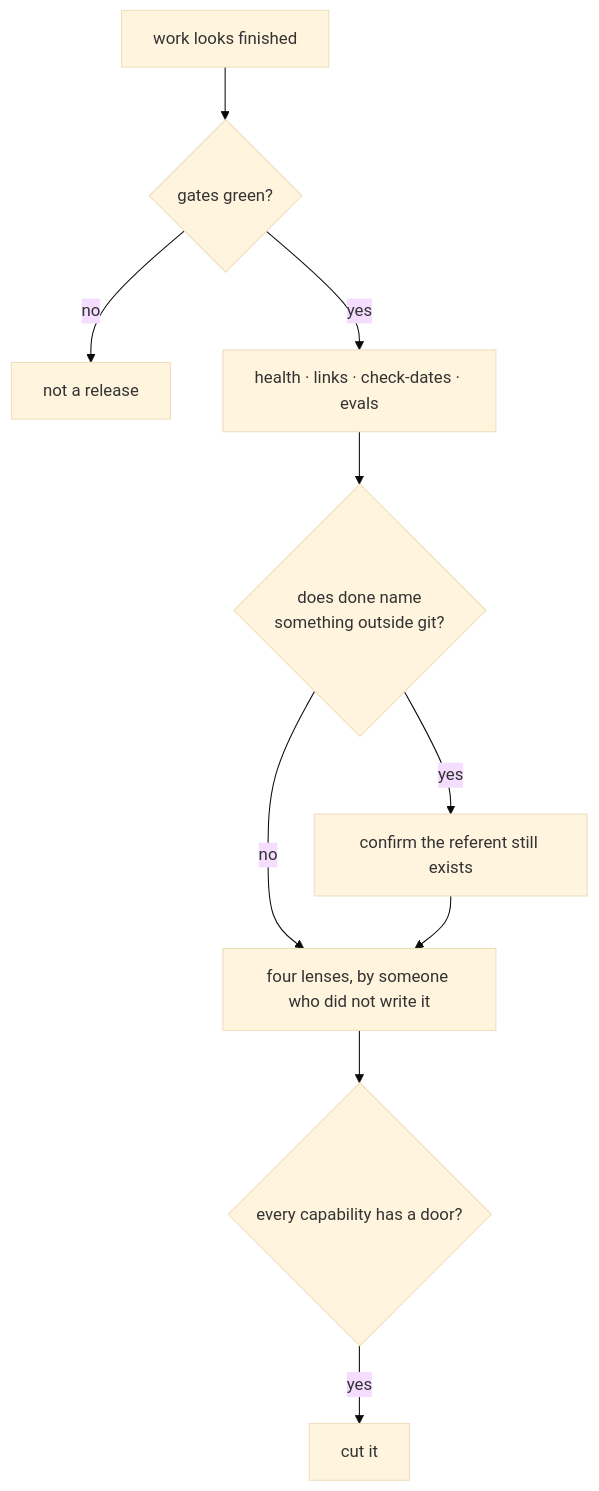
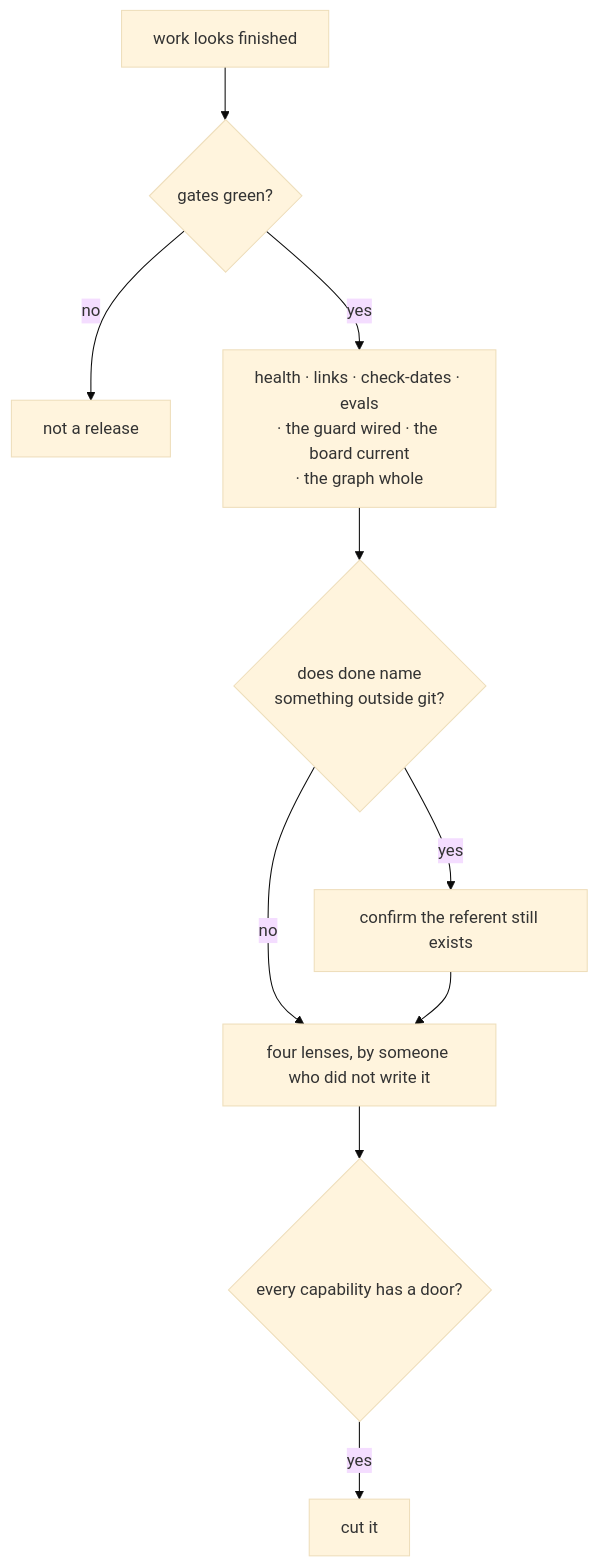
Diagram 17 of 24 in diagrams.md (jamillazarev/opsinist), drawn with Mermaid (base theme) before and after one commit. The commit also changed 16 other files, not shown here.

````diff
--- a/diagrams.md
+++ b/diagrams.md
@@ -356,12 +356,12 @@
 ```mermaid
 flowchart TD
   W[work looks finished] --> G{gates green?}
   G -- no --> STOP[not a release]
-  G -- yes --> CH[health · links · check-dates · evals]
+  G -- yes --> CH[health · links · check-dates · evals<br/>· the guard wired · the board current<br/>· the graph whole]
   CH --> EX{does done name<br/>something outside git?}
   EX -- yes --> VER[confirm the referent still exists]
   EX -- no --> LEN
   VER --> LEN[four lenses, by someone who did not write it]
   LEN --> DOOR{every capability has a door?}
   DOOR -- yes --> SHIP[cut it]
 ```
````
